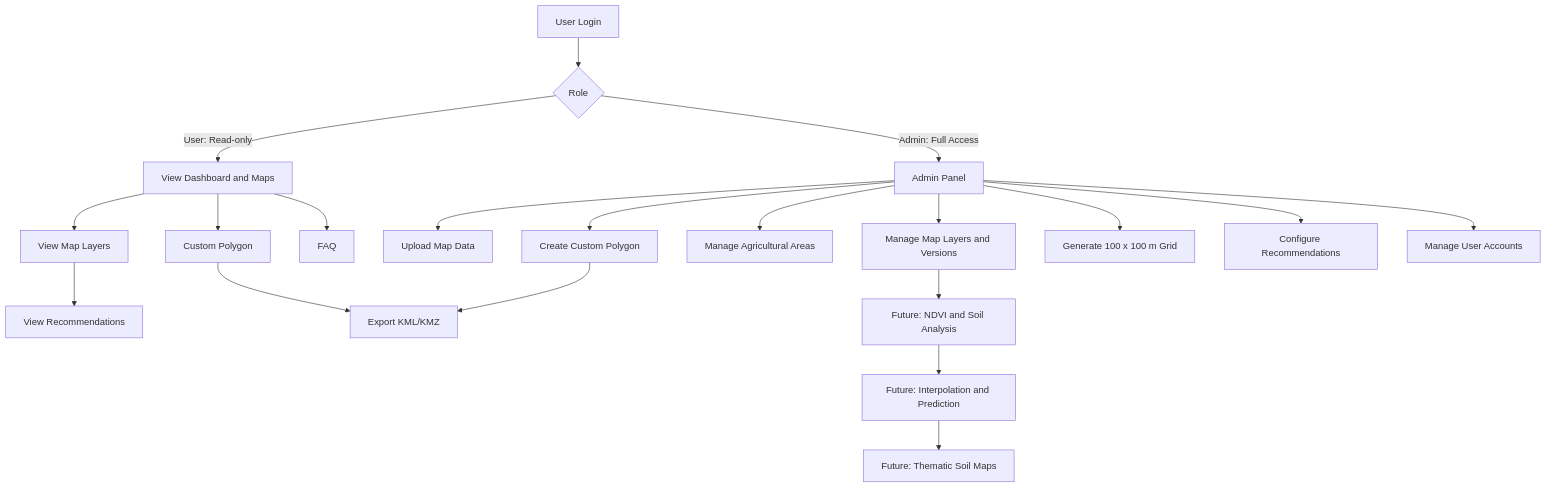
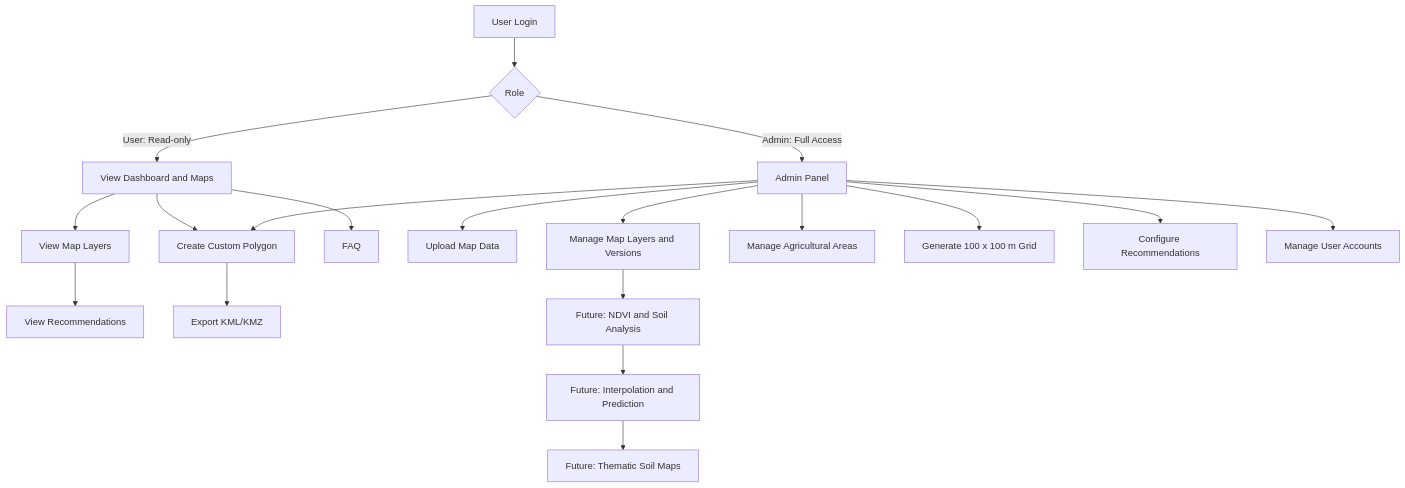
Before and after one commit to dzakyradithyaa/simponitp: the diagram in README.md, drawn with Mermaid.

Commit message:
docs: unify custom polygon flow

````diff
--- a/README.md
+++ b/README.md
@@ -19,25 +19,24 @@
 ```mermaid
 flowchart TD
     A[User Login] --> B{Role}
     B -->|User: Read-only| C[View Dashboard and Maps]
     B -->|Admin: Full Access| D[Admin Panel]
 
     C --> E[View Map Layers]
     E --> F[View Recommendations]
-    C --> G[Custom Polygon]
+    C --> G[Create Custom Polygon]
     G --> H[Export KML/KMZ]
     C --> I[FAQ]
 
     D --> J[Upload Map Data]
     D --> K[Manage Map Layers and Versions]
     D --> L[Manage Agricultural Areas]
-    D --> M[Create Custom Polygon]
-    M --> H
+    D --> G
     D --> N[Generate 100 x 100 m Grid]
     D --> O[Configure Recommendations]
     D --> P[Manage User Accounts]
 
     K --> Q[Future: NDVI and Soil Analysis]
     Q --> R[Future: Interpolation and Prediction]
     R --> S[Future: Thematic Soil Maps]
 ```
````
